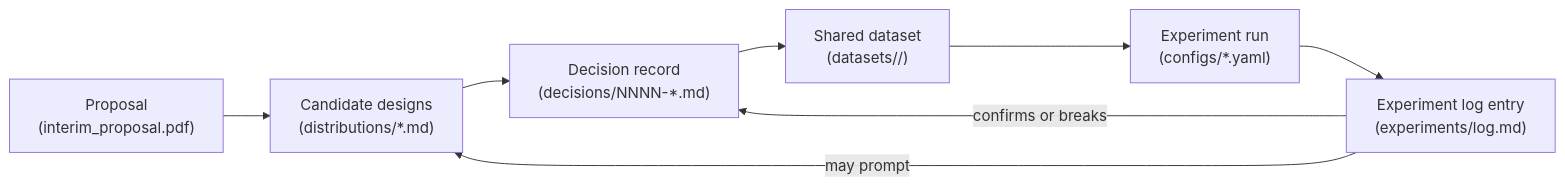
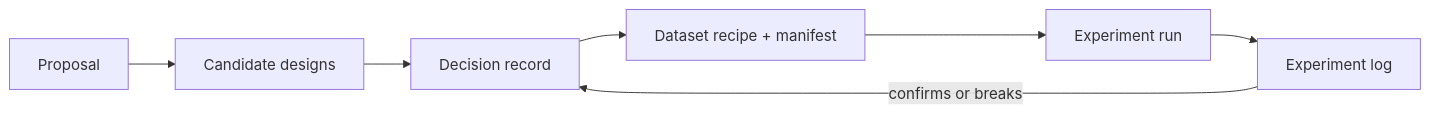
One commit to Yajat31/Graph-Modi changed the diagram in documents/README.md. Above: the diagram before and after it, drawn with Mermaid. The commit also changed other lines of this file and 138 other files, not shown here.

````diff
--- a/documents/README.md
+++ b/documents/README.md
@@ -35,10 +23,9 @@
 ```mermaid
 flowchart LR
-    proposal["Proposal\n(interim_proposal.pdf)"] --> candidates["Candidate designs\n(distributions/*.md)"]
-    candidates --> decision["Decision record\n(decisions/NNNN-*.md)"]
-    decision --> dataset["Shared dataset\n(datasets/<id>/)"]
-    dataset --> run["Experiment run\n(configs/*.yaml)"]
-    run --> log["Experiment log entry\n(experiments/log.md)"]
+    proposal["Proposal"] --> candidates["Candidate designs"]
+    candidates --> decision["Decision record"]
+    decision --> dataset["Dataset recipe + manifest"]
+    dataset --> run["Experiment run"]
+    run --> log["Experiment log"]
     log -->|confirms or breaks| decision
-    log -->|may prompt| candidates
 ```
````
